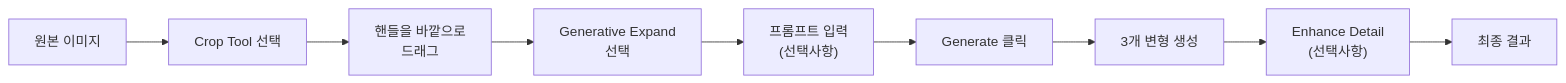
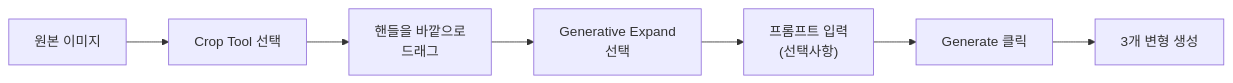
One commit to jsonpassion/forge-tutorial-promptcanvas changed the first of 3 diagrams in 09-ch9-adobe-photoshop-firefly-리터치-워크플로우/03-03-generative-expand와-이미지-확장.md. Above: the diagram before and after it, drawn with Mermaid. The commit also changed other lines of this file and 63 other files, not shown here.

````diff
--- a/09-ch9-adobe-photoshop-firefly-리터치-워크플로우/03-03-generative-expand와-이미지-확장.md
+++ b/09-ch9-adobe-photoshop-firefly-리터치-워크플로우/03-03-generative-expand와-이미지-확장.md
@@ -34,11 +13,9 @@
 ```mermaid
 flowchart LR
     A["원본 이미지"] --> B["Crop Tool 선택"]
     B --> C["핸들을 바깥으로<br/>드래그"]
     C --> D["Generative Expand<br/>선택"]
     D --> E["프롬프트 입력<br/>(선택사항)"]
     E --> F["Generate 클릭"]
     F --> G["3개 변형 생성"]
-    G --> H["Enhance Detail<br/>(선택사항)"]
-    H --> I["최종 결과"]
 ```
````
